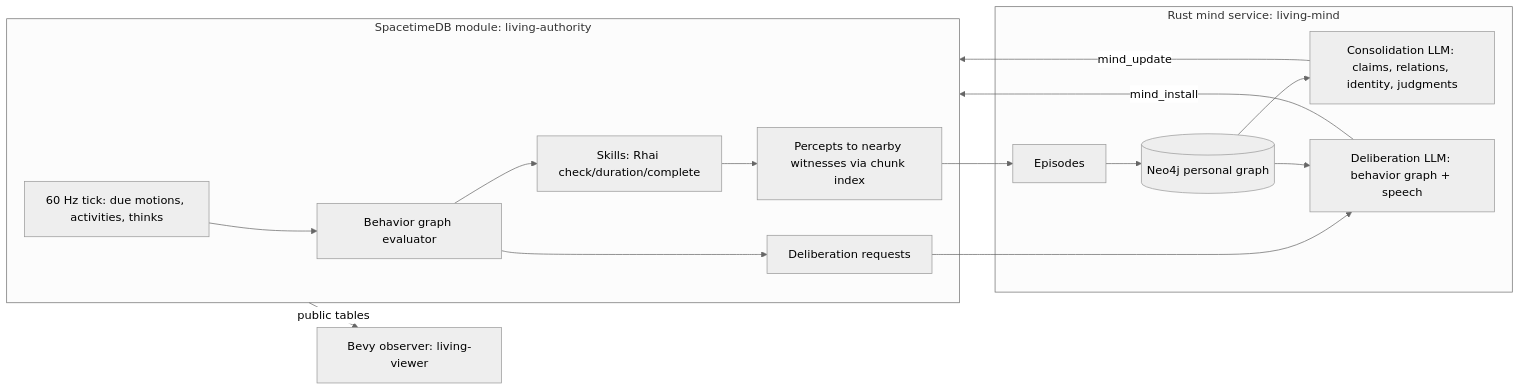
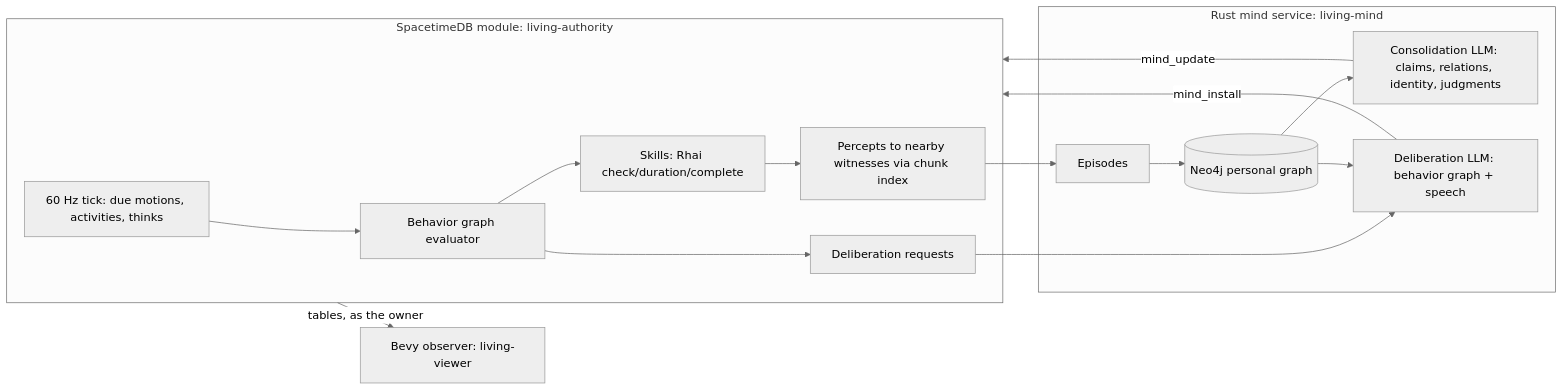
Before and after one commit to devteapot/slop-art-online: the diagram in docs/LIVING_CORE.md, drawn with Mermaid (neutral theme). The commit also changed other lines of this file and 11 other files, not shown here.

````diff
--- a/docs/LIVING_CORE.md
+++ b/docs/LIVING_CORE.md
@@ -28,18 +28,18 @@
 ```mermaid
 flowchart LR
   subgraph Authority[SpacetimeDB module: living-authority]
     T[60 Hz tick: due motions, activities, thinks] --> B[Behavior graph evaluator]
     B --> S[Skills: Rhai check/duration/complete]
     S --> P[Percepts to nearby witnesses via chunk index]
     B --> D[Deliberation requests]
   end
   subgraph Mind[Rust mind service: living-mind]
     P --> E[Episodes] --> N[(Neo4j personal graph)]
     N --> C[Consolidation LLM: claims, relations, identity, judgments]
     D --> L[Deliberation LLM: behavior graph + speech]
     N --> L
   end
   C -->|mind_update| Authority
   L -->|mind_install| Authority
-  Authority -->|public tables| V[Bevy observer: living-viewer]
+  Authority -->|tables, as the owner| V[Bevy observer: living-viewer]
 ```
````
